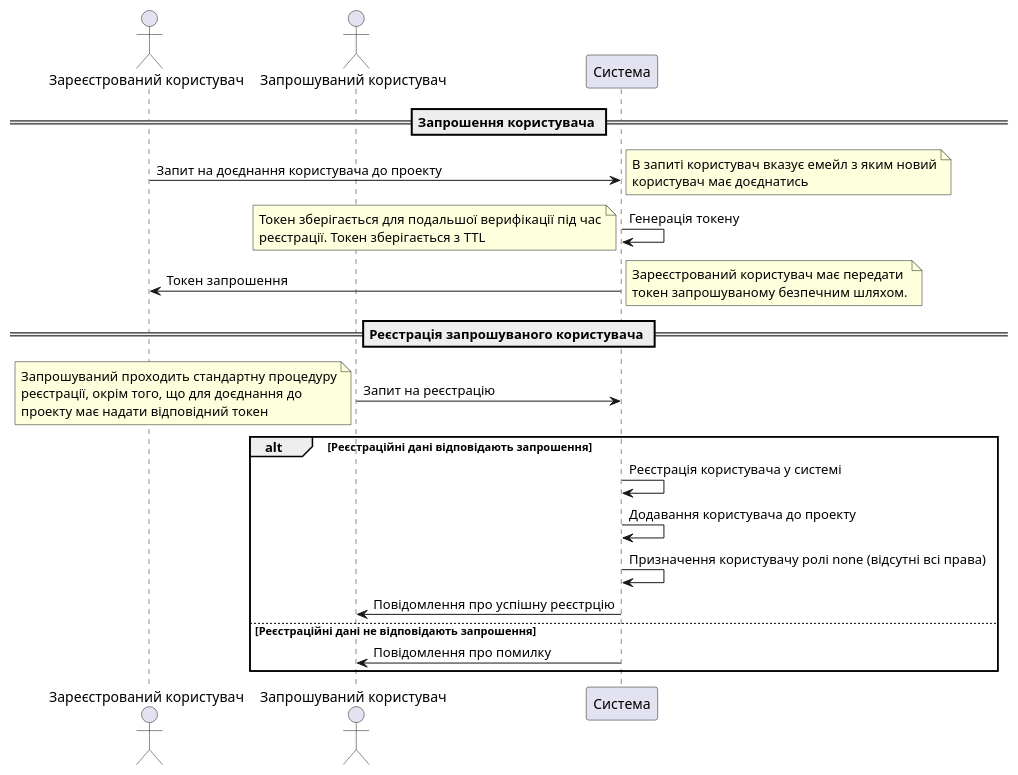
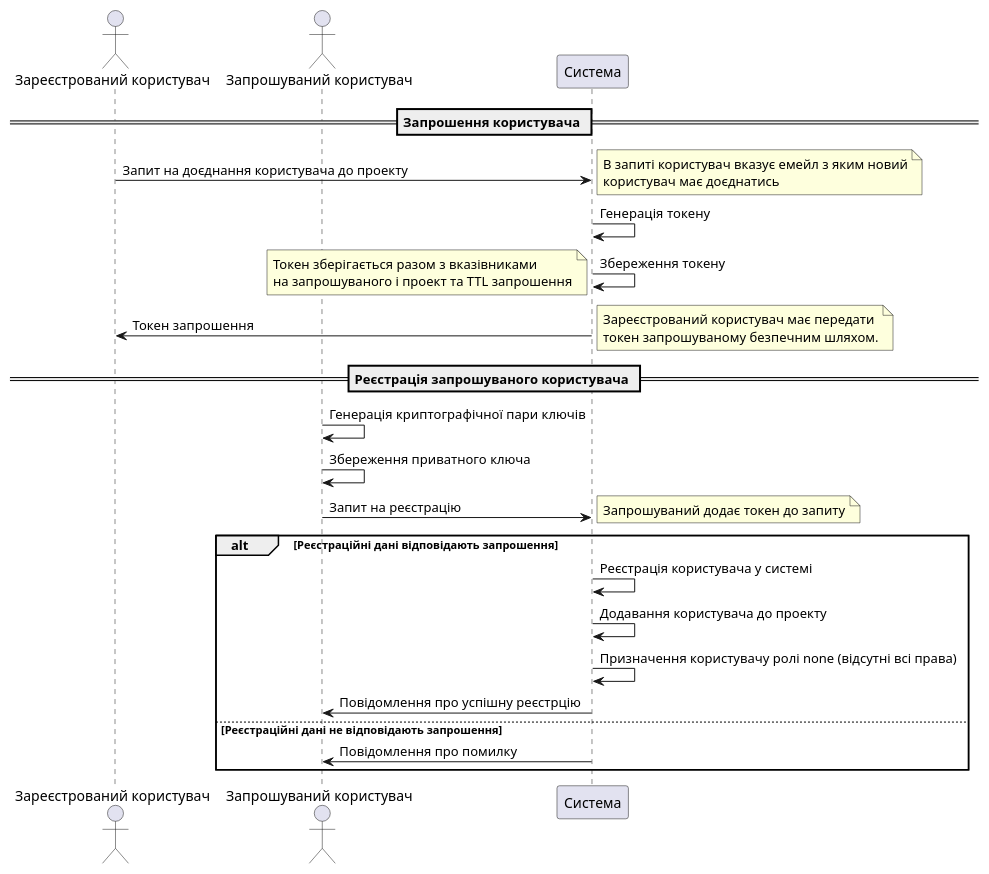
The diagram in docs/registration-via-invite.pu (Danil-Kolmahin/master-diploma), drawn with PlantUML before and after one commit. The commit also changed 1 other file, not shown here.

```diff
--- a/docs/registration-via-invite.pu
+++ b/docs/registration-via-invite.pu
@@ -1,40 +1,41 @@
 @startuml registration-via-invite
 actor "Зареєстрований користувач" as Inviter
 actor "Запрошуваний користувач" as Invitee
 participant "Система" as System
 
 == Запрошення користувача ==
 
 Inviter -> System : Запит на доєднання користувача до проекту
 note right
   В запиті користувач вказує емейл з яким новий
   користувач має доєднатись
 end note
 System -> System : Генерація токену
+System -> System : Збереження токену
 note left
-  Токен зберігається для подальшої верифікації під час
-  реєстрації. Токен зберігається з TTL
+  Токен зберігається разом з вказівниками
+  на запрошуваного і проект та TTL запрошення
 end note
 System -> Inviter : Токен запрошення
 note right
   Зареєстрований користувач має передати
   токен запрошуваному безпечним шляхом.
 end note
 
 == Реєстрація запрошуваного користувача ==
 
+Invitee -> Invitee : Генерація криптографічної пари ключів
+Invitee -> Invitee : Збереження приватного ключа
 Invitee -> System : Запит на реєстрацію
-note left
-  Запрошуваний проходить стандартну процедуру
-  реєстрації, окрім того, що для доєднання до
-  проекту має надати відповідний токен
+note right
+  Запрошуваний додає токен до запиту
 end note
 alt Реєстраційні дані відповідають запрошення
   System -> System : Реєстрація користувача у системі
   System -> System : Додавання користувача до проекту
   System -> System : Призначення користувачу ролі none (відсутні всі права)
   System -> Invitee : Повідомлення про успішну реєстрцію
 else Реєстраційні дані не відповідають запрошення
   System -> Invitee : Повідомлення про помилку
 end
 @enduml
```
